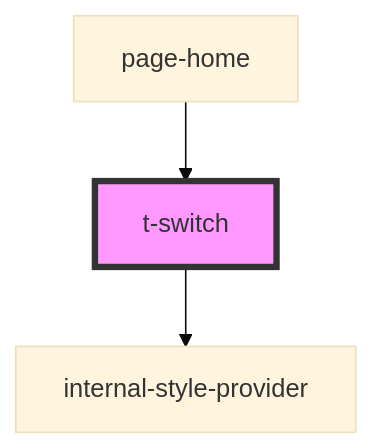
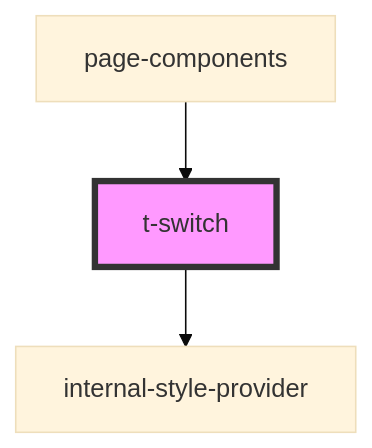
One commit to TomasEng/web-components changed the diagram in packages/stencil/src/components/t-switch/readme.md. Above: the diagram before and after it, drawn with Mermaid (base theme). The commit also changed other lines of this file and 37 other files, not shown here.

````diff
--- a/packages/stencil/src/components/t-switch/readme.md
+++ b/packages/stencil/src/components/t-switch/readme.md
@@ -34,6 +34,6 @@
 ```mermaid
 graph TD;
   t-switch --> internal-style-provider
-  page-home --> t-switch
+  page-components --> t-switch
   style t-switch fill:#f9f,stroke:#333,stroke-width:4px
 ```
````
